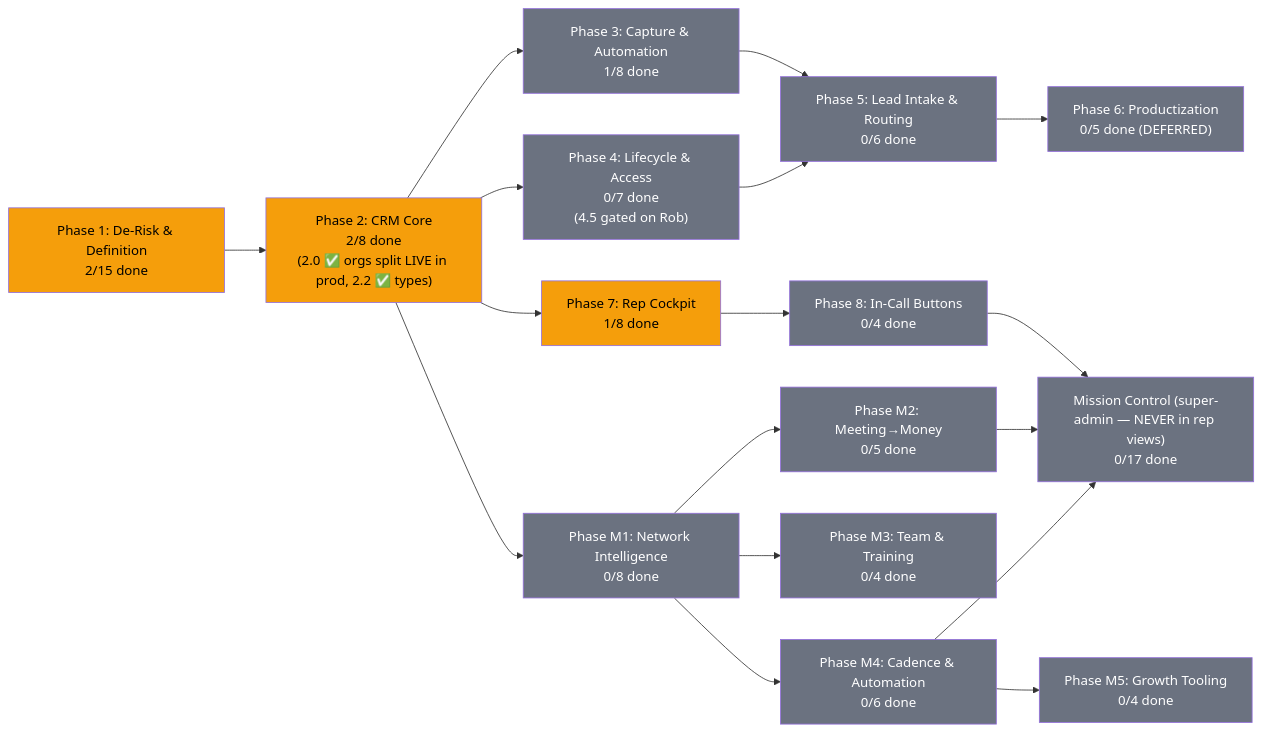
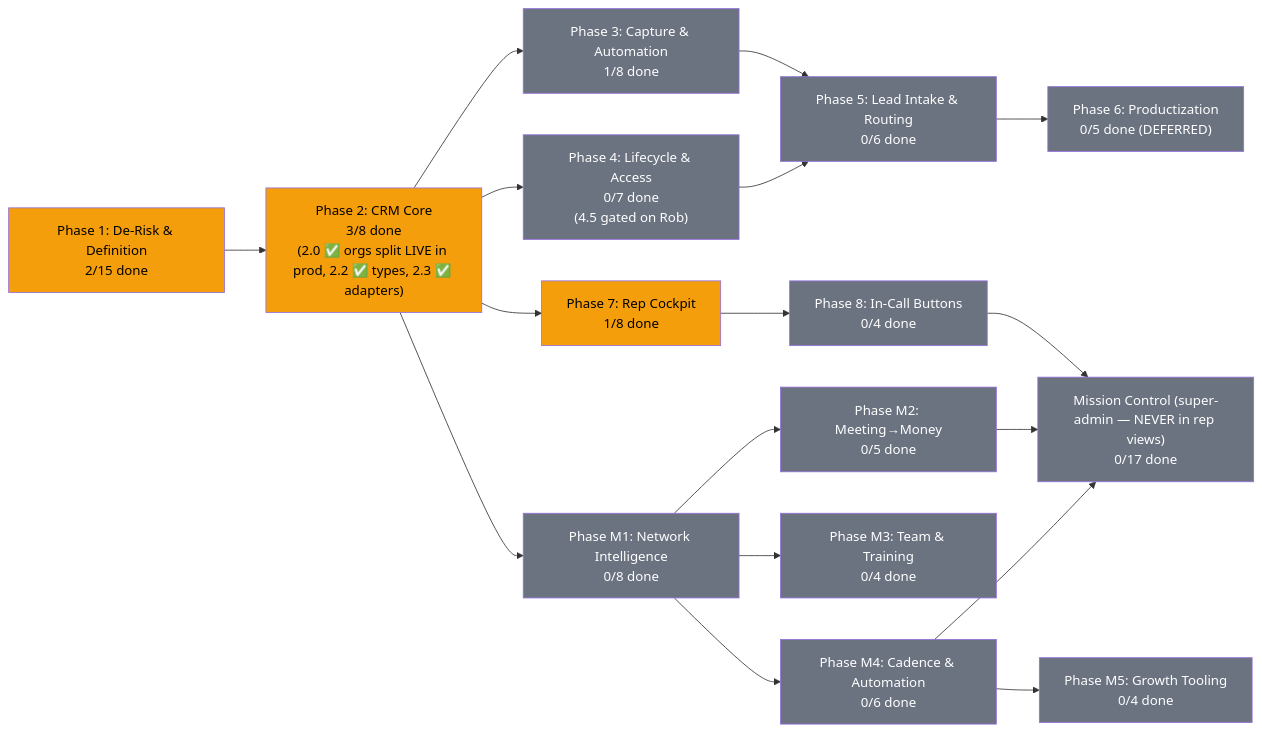
One commit to blacklabelbob/mle-rob-dashboard changed the diagram in docs/plans/PRD-mle-crm.md. Above: the diagram before and after it, drawn with Mermaid. The commit also changed other lines of this file and 7 other files, not shown here.

````diff
--- a/docs/plans/PRD-mle-crm.md
+++ b/docs/plans/PRD-mle-crm.md
@@ -24,34 +24,34 @@
 ```mermaid
 flowchart LR
-    P1["Phase 1: De-Risk & Definition<br/>2/15 done"] --> P2["Phase 2: CRM Core<br/>2/8 done<br/>(2.0 ✅ orgs split LIVE in prod, 2.2 ✅ types)"]
+    P1["Phase 1: De-Risk & Definition<br/>2/15 done"] --> P2["Phase 2: CRM Core<br/>3/8 done<br/>(2.0 ✅ orgs split LIVE in prod, 2.2 ✅ types, 2.3 ✅ adapters)"]
     P2 --> P3["Phase 3: Capture & Automation<br/>1/8 done"]
     P2 --> P4["Phase 4: Lifecycle & Access<br/>0/7 done<br/>(4.5 gated on Rob)"]
     P2 --> P7["Phase 7: Rep Cockpit<br/>1/8 done"]
     P7 --> P8["Phase 8: In-Call Buttons<br/>0/4 done"]
     P3 --> P5["Phase 5: Lead Intake & Routing<br/>0/6 done"]
     P4 --> P5
     P5 --> P6["Phase 6: Productization<br/>0/5 done (DEFERRED)"]
     P2 --> M1["Phase M1: Network Intelligence<br/>0/8 done"]
     M1 --> M2["Phase M2: Meeting→Money<br/>0/5 done"]
     M1 --> M3["Phase M3: Team & Training<br/>0/4 done"]
     M1 --> M4["Phase M4: Cadence & Automation<br/>0/6 done"]
     M4 --> M5["Phase M5: Growth Tooling<br/>0/4 done"]
     P8 --> MC["Mission Control (super-admin — NEVER in rep views)<br/>0/17 done"]
     M2 --> MC
     M4 --> MC
 
     style P1 fill:#f59e0b,color:#000
     style P2 fill:#f59e0b,color:#000
     style P3 fill:#6b7280,color:#fff
     style P4 fill:#6b7280,color:#fff
     style P5 fill:#6b7280,color:#fff
     style P6 fill:#6b7280,color:#fff
     style P7 fill:#f59e0b,color:#000
     style P8 fill:#6b7280,color:#fff
     style M1 fill:#6b7280,color:#fff
     style M2 fill:#6b7280,color:#fff
     style M3 fill:#6b7280,color:#fff
     style M4 fill:#6b7280,color:#fff
     style M5 fill:#6b7280,color:#fff
     style MC fill:#6b7280,color:#fff
 ```
````
